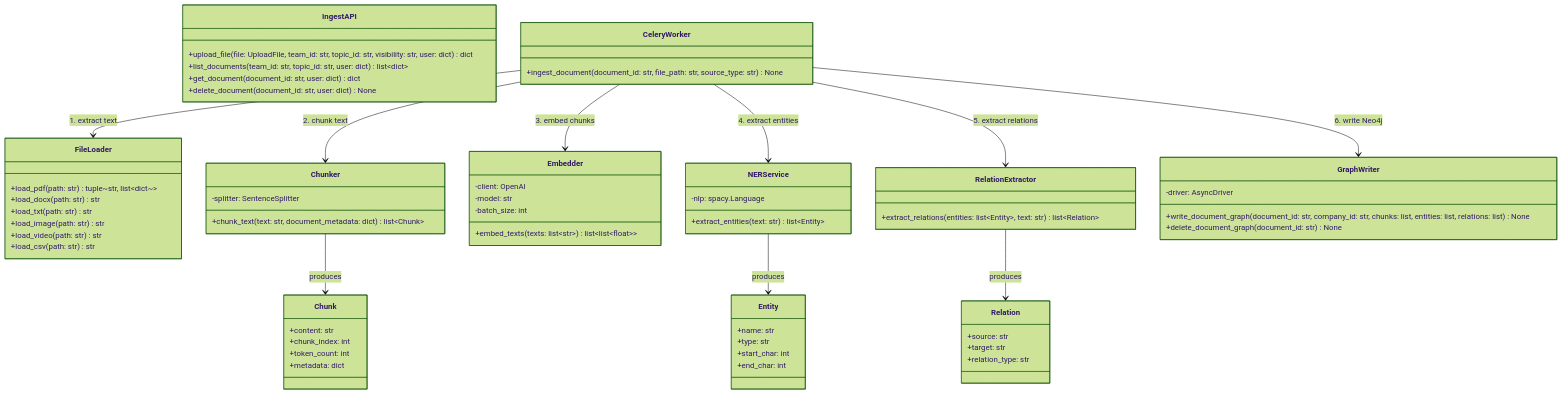
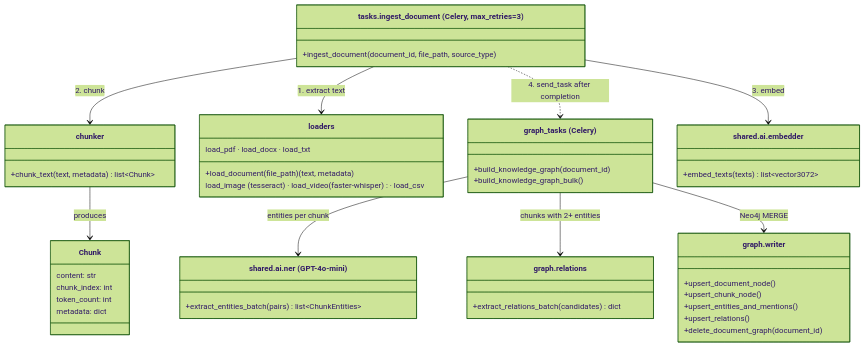
The third of 4 diagrams in docs/diagrams/class-diagram.md (yavorm-tech/query-prism), drawn with Mermaid (forest theme) before and after one commit. The commit also changed other lines of this file and 15 other files, not shown here.

````diff
--- a/docs/diagrams/class-diagram.md
+++ b/docs/diagrams/class-diagram.md
@@ -74,79 +153,49 @@
 ```mermaid
 classDiagram
-    class IngestAPI {
-        +upload_file(file: UploadFile, team_id: str, topic_id: str, visibility: str, user: dict) dict
-        +list_documents(team_id: str, topic_id: str, user: dict) list~dict~
-        +get_document(document_id: str, user: dict) dict
-        +delete_document(document_id: str, user: dict) None
+    class ingest_document["tasks.ingest_document  (Celery, max_retries=3)"] {
+        +ingest_document(document_id, file_path, source_type)
+    }
+    class build_knowledge_graph["graph_tasks  (Celery)"] {
+        +build_knowledge_graph(document_id)
+        +build_knowledge_graph_bulk()
+    }
+    class loaders {
+        +load_document(file_path) (text, metadata)
+        load_pdf · load_docx · load_txt
+        load_image (tesseract) · load_video (faster-whisper) · load_csv
+    }
+    class chunker {
+        +chunk_text(text, metadata) list~Chunk~
+    }
+    class Chunk {
+        content: str
+        chunk_index: int
+        token_count: int
+        metadata: dict
+    }
+    class embedder["shared.ai.embedder"] {
+        +embed_texts(texts) list~vector3072~
+    }
+    class ner["shared.ai.ner (GPT-4o-mini)"] {
+        +extract_entities_batch(pairs) list~ChunkEntities~
+    }
+    class relations["graph.relations"] {
+        +extract_relations_batch(candidates) dict
+    }
+    class writer["graph.writer"] {
+        +upsert_document_node()
+        +upsert_chunk_node()
+        +upsert_entities_and_mentions()
+        +upsert_relations()
+        +delete_document_graph(document_id)
     }
 
-    class CeleryWorker {
-        +ingest_document(document_id: str, file_path: str, source_type: str) None
-    }
-
-    class FileLoader {
-        +load_pdf(path: str) tuple~str, list~dict~~
-        +load_docx(path: str) str
-        +load_txt(path: str) str
-        +load_image(path: str) str
-        +load_video(path: str) str
-        +load_csv(path: str) str
-    }
-
-    class Chunker {
-        -splitter: SentenceSplitter
-        +chunk_text(text: str, document_metadata: dict) list~Chunk~
-    }
-
-    class Chunk {
-        +content: str
-        +chunk_index: int
-        +token_count: int
-        +metadata: dict
-    }
-
-    class Embedder {
-        -client: OpenAI
-        -model: str
-        -batch_size: int
-        +embed_texts(texts: list~str~) list~list~float~~
-    }
-
-    class NERService {
-        -nlp: spacy.Language
-        +extract_entities(text: str) list~Entity~
-    }
-
-    class Entity {
-        +name: str
-        +type: str
-        +start_char: int
-        +end_char: int
-    }
-
-    class RelationExtractor {
-        +extract_relations(entities: list~Entity~, text: str) list~Relation~
-    }
-
-    class Relation {
-        +source: str
-        +target: str
-        +relation_type: str
-    }
-
-    class GraphWriter {
-        -driver: AsyncDriver
-        +write_document_graph(document_id: str, company_id: str, chunks: list, entities: list, relations: list) None
-        +delete_document_graph(document_id: str) None
-    }
-
-    CeleryWorker --> FileLoader : 1. extract text
-    CeleryWorker --> Chunker : 2. chunk text
-    CeleryWorker --> Embedder : 3. embed chunks
-    CeleryWorker --> NERService : 4. extract entities
-    CeleryWorker --> RelationExtractor : 5. extract relations
-    CeleryWorker --> GraphWriter : 6. write Neo4j
-    Chunker --> Chunk : produces
-    NERService --> Entity : produces
-    RelationExtractor --> Relation : produces
+    ingest_document --> loaders : 1. extract text
+    ingest_document --> chunker : 2. chunk
+    chunker --> Chunk : produces
+    ingest_document --> embedder : 3. embed
+    ingest_document ..> build_knowledge_graph : 4. send_task after completion
+    build_knowledge_graph --> ner : entities per chunk
+    build_knowledge_graph --> relations : chunks with 2+ entities
+    build_knowledge_graph --> writer : Neo4j MERGE
 ```
````
